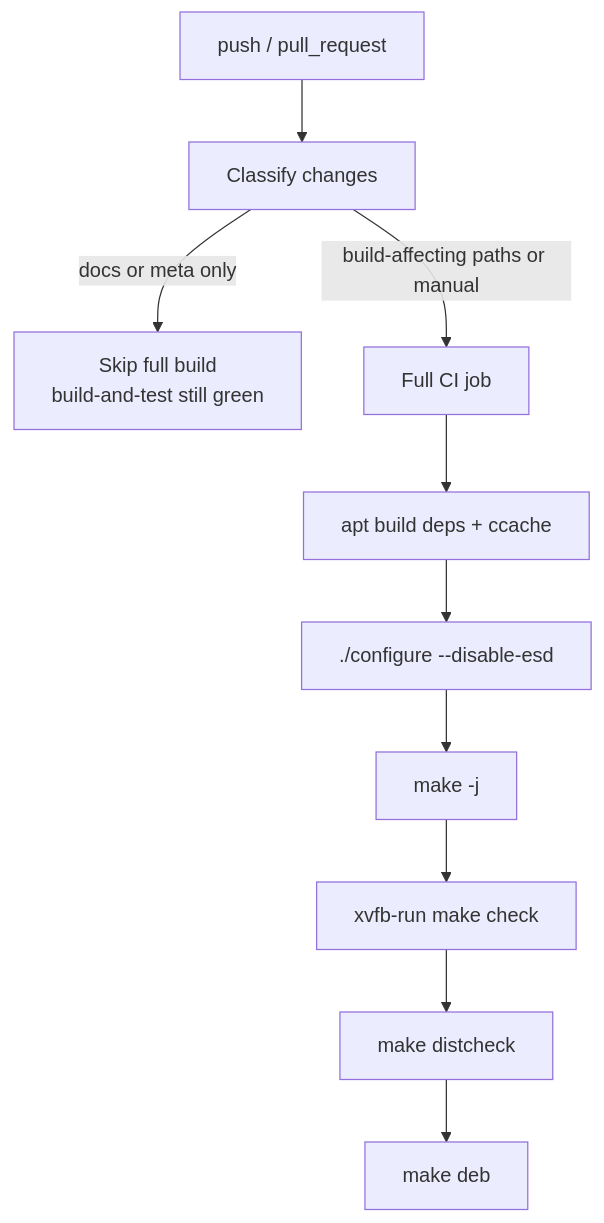
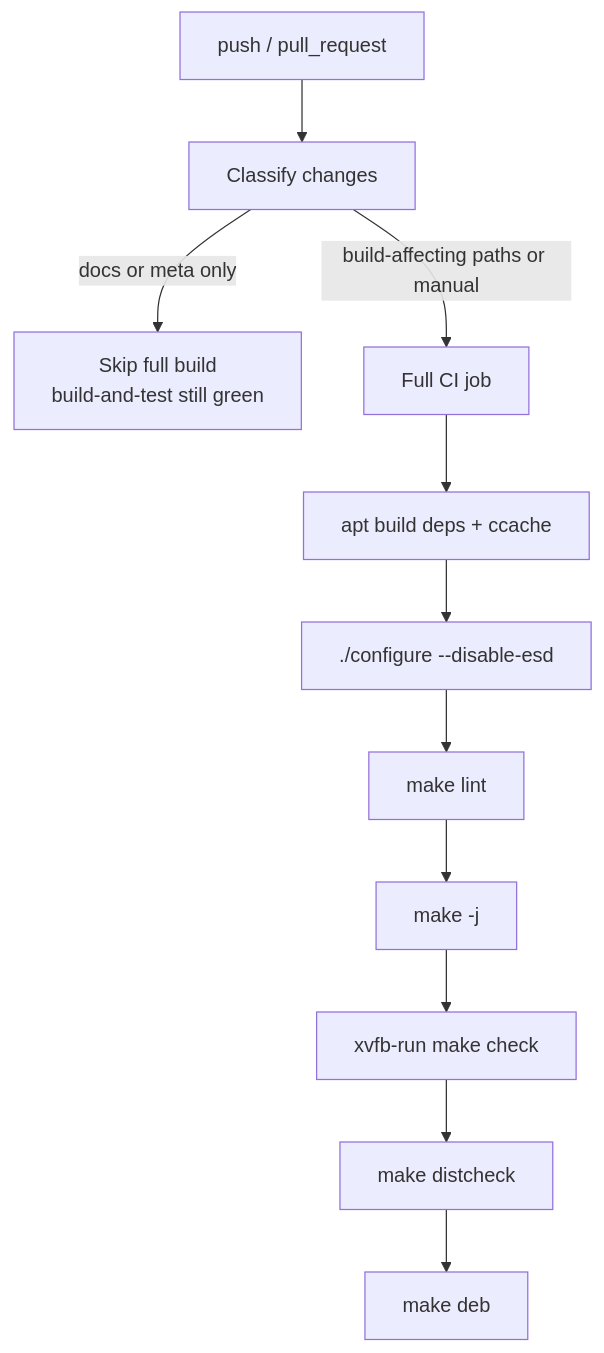
The fourth of 4 diagrams in docs/architecture/build-and-test.md (tuunanet/xmms-gtk4-experimental), drawn with Mermaid before and after one commit. The commit also changed other lines of this file and 1 other file, not shown here.

Commit message:
docs(lint): document Cppcheck operating policy

````diff
--- a/docs/architecture/build-and-test.md
+++ b/docs/architecture/build-and-test.md
@@ -183,12 +203,13 @@
 ```mermaid
 flowchart TB
     P["push / pull_request"] --> CL[Classify changes]
     CL -->|docs or meta only| SKIP["Skip full build<br/>build-and-test still green"]
     CL -->|build-affecting paths or manual| FULL[Full CI job]
     FULL --> DEP[apt build deps + ccache]
     DEP --> CFG["./configure --disable-esd"]
-    CFG --> BLD[make -j]
+    CFG --> LINT["make lint"]
+    LINT --> BLD[make -j]
     BLD --> TST["xvfb-run make check"]
     TST --> DC[make distcheck]
     DC --> DEB[make deb]
 ```
````
